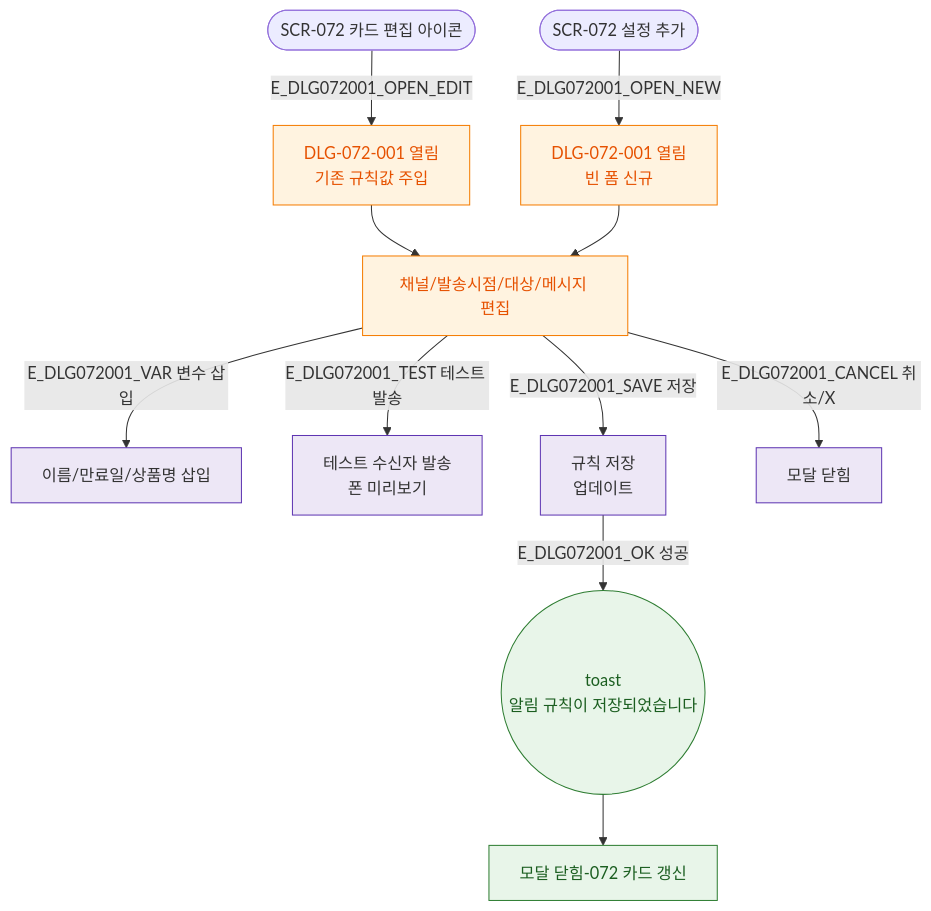
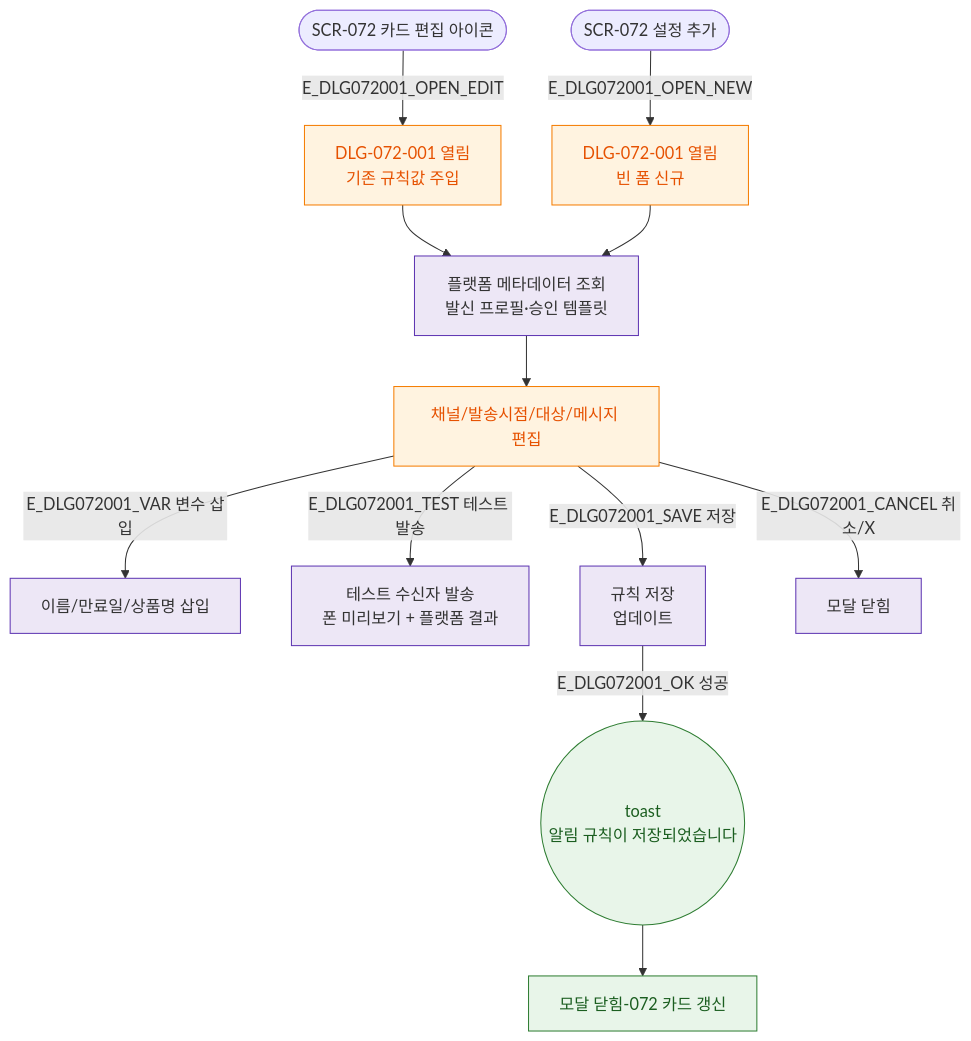
The diagram in docs/admin/다이어그램/D08_마케팅/DLG/DLG-072-001_알림규칙편집/M1_생명주기.md (dev-spogym/admin-pando), drawn with Mermaid before and after one commit. The commit also changed other lines of this file and 25 other files, not shown here.

````diff
--- a/docs/admin/다이어그램/D08_마케팅/DLG/DLG-072-001_알림규칙편집/M1_생명주기.md
+++ b/docs/admin/다이어그램/D08_마케팅/DLG/DLG-072-001_알림규칙편집/M1_생명주기.md
@@ -12,23 +12,24 @@
 ```mermaid
 flowchart TD
   TRIGGER_EDIT([SCR-072 카드 편집 아이콘]) -->|E_DLG072001_OPEN_EDIT|MODAL[DLG-072-001 열림\n기존 규칙값 주입]
   TRIGGER_NEW([SCR-072 설정 추가]) -->|E_DLG072001_OPEN_NEW|MODAL_NEW[DLG-072-001 열림\n빈 폼 신규]
 
-  MODAL --> INPUT[채널/발송시점/대상/메시지 편집]
-  MODAL_NEW --> INPUT
+  MODAL --> PLATFORM_LOAD[플랫폼 메타데이터 조회\n발신 프로필·승인 템플릿]
+  MODAL_NEW --> PLATFORM_LOAD
+  PLATFORM_LOAD --> INPUT[채널/발송시점/대상/메시지 편집]
   INPUT -->|E_DLG072001_VAR 변수 삽입|VAR[이름/만료일/상품명 삽입]
-  INPUT -->|E_DLG072001_TEST 테스트 발송|TEST[테스트 수신자 발송\n폰 미리보기]
+  INPUT -->|E_DLG072001_TEST 테스트 발송|TEST[테스트 수신자 발송\n폰 미리보기 + 플랫폼 결과]
   INPUT -->|E_DLG072001_SAVE 저장|SAVE_API[규칙 저장<br/> 업데이트]
   INPUT -->|E_DLG072001_CANCEL 취소/X|CLOSE[모달 닫힘]
 
   SAVE_API -->|E_DLG072001_OK 성공|T_OK((toast\n알림 규칙이 저장되었습니다))
   T_OK --> CLOSE_OK[모달 닫힘-072 카드 갱신]
 
   classDef modal fill:#FFF3E0,stroke:#F57C00,color:#E65100
   classDef success fill:#E8F5E9,stroke:#2E7D32,color:#1B5E20
   classDef system fill:#EDE7F6,stroke:#5E35B2
 
   class MODAL,MODAL_NEW,INPUT modal
   class T_OK,CLOSE_OK success
-  class VAR,TEST,SAVE_API,CLOSE system
+  class VAR,TEST,SAVE_API,CLOSE,PLATFORM_LOAD system
 ```
````
